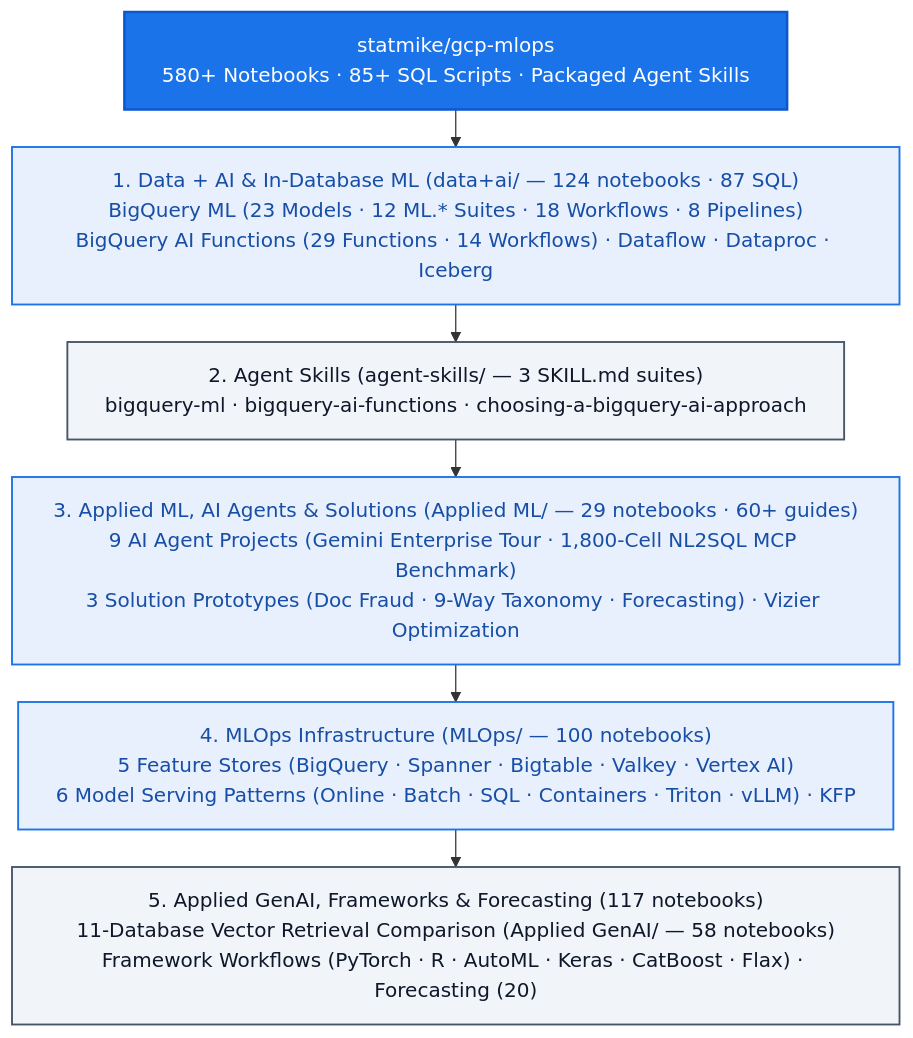
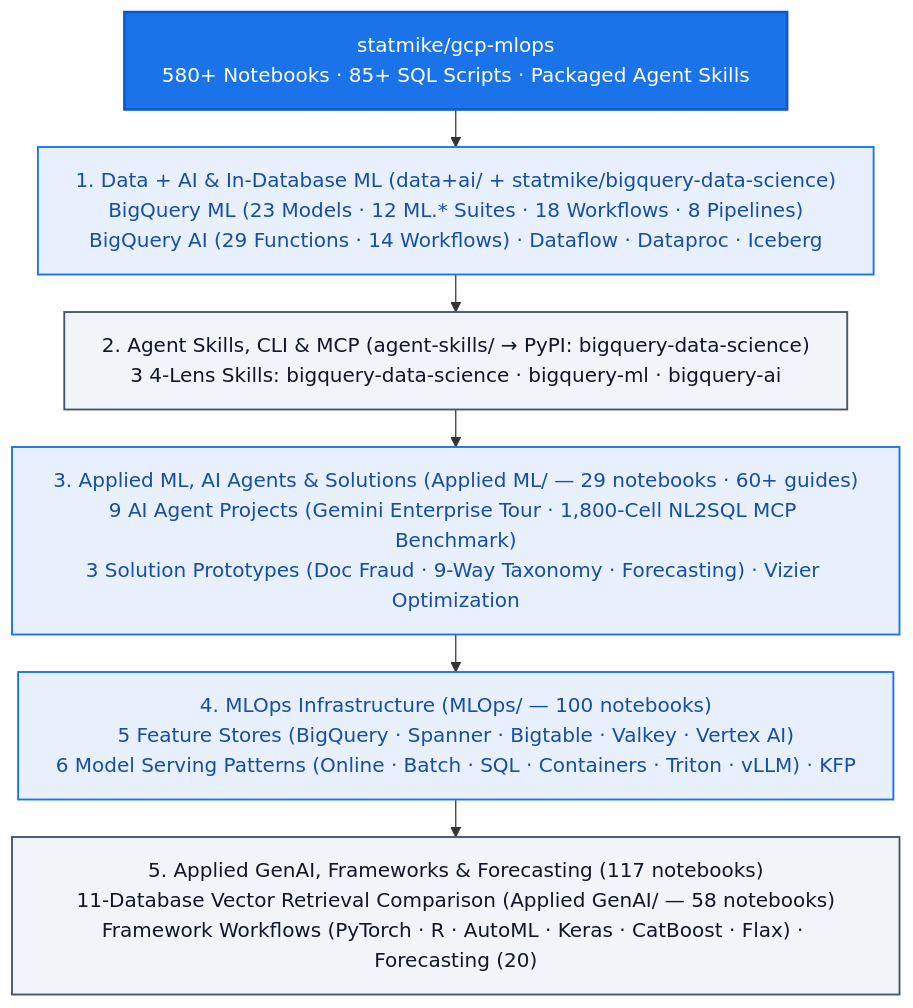
One commit to statmike/gcp-mlops changed the diagram in readme.md. Above: the diagram before and after it, drawn with Mermaid. The commit also changed other lines of this file and 501 other files, not shown here.

Commit message:
docs: point bq-ml, bq-ai-functions & agent-skills to statmike/bigquery-data-science and PyPI

````diff
--- a/readme.md
+++ b/readme.md
@@ -57,24 +57,24 @@
 ```mermaid
 %%{init: {'flowchart': {'wrappingWidth': 650, 'nodeSpacing': 25, 'rankSpacing': 30}}}%%
 flowchart TD
     Start["statmike/gcp-mlops<br/>580+ Notebooks · 85+ SQL Scripts · Packaged Agent Skills"]
 
-    P1["1. Data + AI & In-Database ML (data+ai/ — 124 notebooks · 87 SQL)<br/>BigQuery ML (23 Models · 12 ML.* Suites · 18 Workflows · 8 Pipelines)<br/>BigQuery AI Functions (29 Functions · 14 Workflows) · Dataflow · Dataproc · Iceberg"]
+    P1["1. Data + AI & In-Database ML (data+ai/ + statmike/bigquery-data-science)<br/>BigQuery ML (23 Models · 12 ML.* Suites · 18 Workflows · 8 Pipelines)<br/>BigQuery AI (29 Functions · 14 Workflows) · Dataflow · Dataproc · Iceberg"]
 
-    P2["2. Agent Skills (agent-skills/ — 3 SKILL.md suites)<br/>bigquery-ml · bigquery-ai-functions · choosing-a-bigquery-ai-approach"]
+    P2["2. Agent Skills, CLI & MCP (agent-skills/ → PyPI: bigquery-data-science)<br/>3 4-Lens Skills: bigquery-data-science · bigquery-ml · bigquery-ai"]
 
     P3["3. Applied ML, AI Agents & Solutions (Applied ML/ — 29 notebooks · 60+ guides)<br/>9 AI Agent Projects (Gemini Enterprise Tour · 1,800-Cell NL2SQL MCP Benchmark)<br/>3 Solution Prototypes (Doc Fraud · 9-Way Taxonomy · Forecasting) · Vizier Optimization"]
 
     P4["4. MLOps Infrastructure (MLOps/ — 100 notebooks)<br/>5 Feature Stores (BigQuery · Spanner · Bigtable · Valkey · Vertex AI)<br/>6 Model Serving Patterns (Online · Batch · SQL · Containers · Triton · vLLM) · KFP"]
 
     P5["5. Applied GenAI, Frameworks & Forecasting (117 notebooks)<br/>11-Database Vector Retrieval Comparison (Applied GenAI/ — 58 notebooks)<br/>Framework Workflows (PyTorch · R · AutoML · Keras · CatBoost · Flax) · Forecasting (20)"]
 
     Start --> P1 --> P2 --> P3 --> P4 --> P5
 
     classDef root fill:#1a73e8,stroke:#0b57d0,stroke-width:2px,color:#ffffff
     classDef primary fill:#e8f0fe,stroke:#1a73e8,stroke-width:1.5px,color:#174ea6
     classDef secondary fill:#f1f5f9,stroke:#475569,stroke-width:1.5px,color:#0f172a
     class Start root
     class P1,P3,P4 primary
     class P2,P5 secondary
 ```
````
